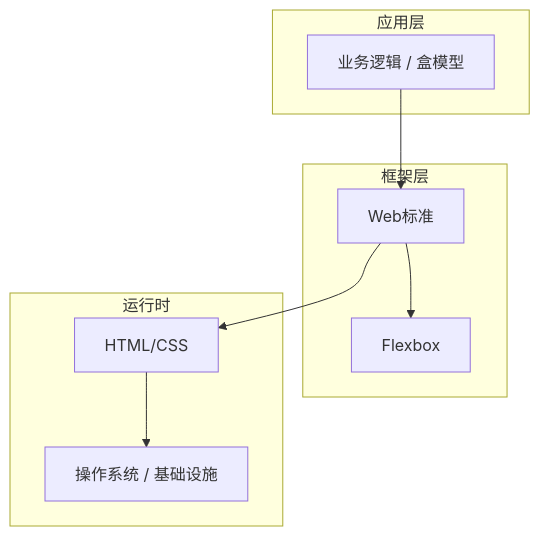
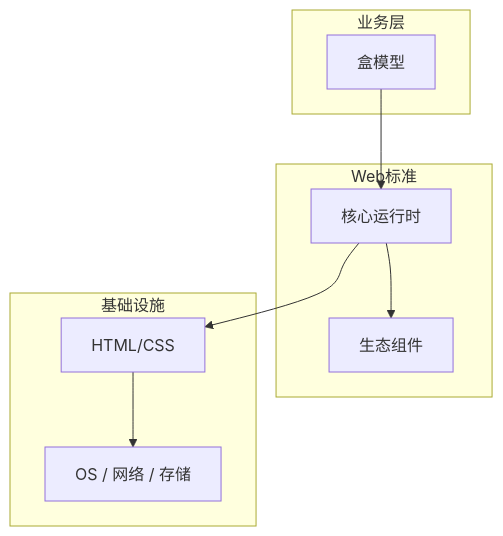
One commit to yanggan2015/knowledge-json-v2 changed the diagram in articles/HTML与CSS/chapters/057-盒模型核心概念与原理.md. Above: the diagram before and after it, drawn with Mermaid. The commit also changed other lines of this file and 10127 other files, not shown here.

````diff
--- a/articles/HTML与CSS/chapters/057-盒模型核心概念与原理.md
+++ b/articles/HTML与CSS/chapters/057-盒模型核心概念与原理.md
@@ -45,18 +34,18 @@
 ```mermaid
 graph TB
-    subgraph 应用层
-        A[业务逻辑 / 盒模型]
+    subgraph 业务层
+        A[盒模型]
     end
-    subgraph 框架层
-        B[Web标准]
-        C[Flexbox]
+    subgraph Web标准
+        B[核心运行时]
+        C[生态组件]
     end
-    subgraph 运行时
+    subgraph 基础设施
         D[HTML/CSS]
-        E[操作系统 / 基础设施]
+        E[OS / 网络 / 存储]
     end
     A --> B
     B --> C
     B --> D
     D --> E
 ```
````
